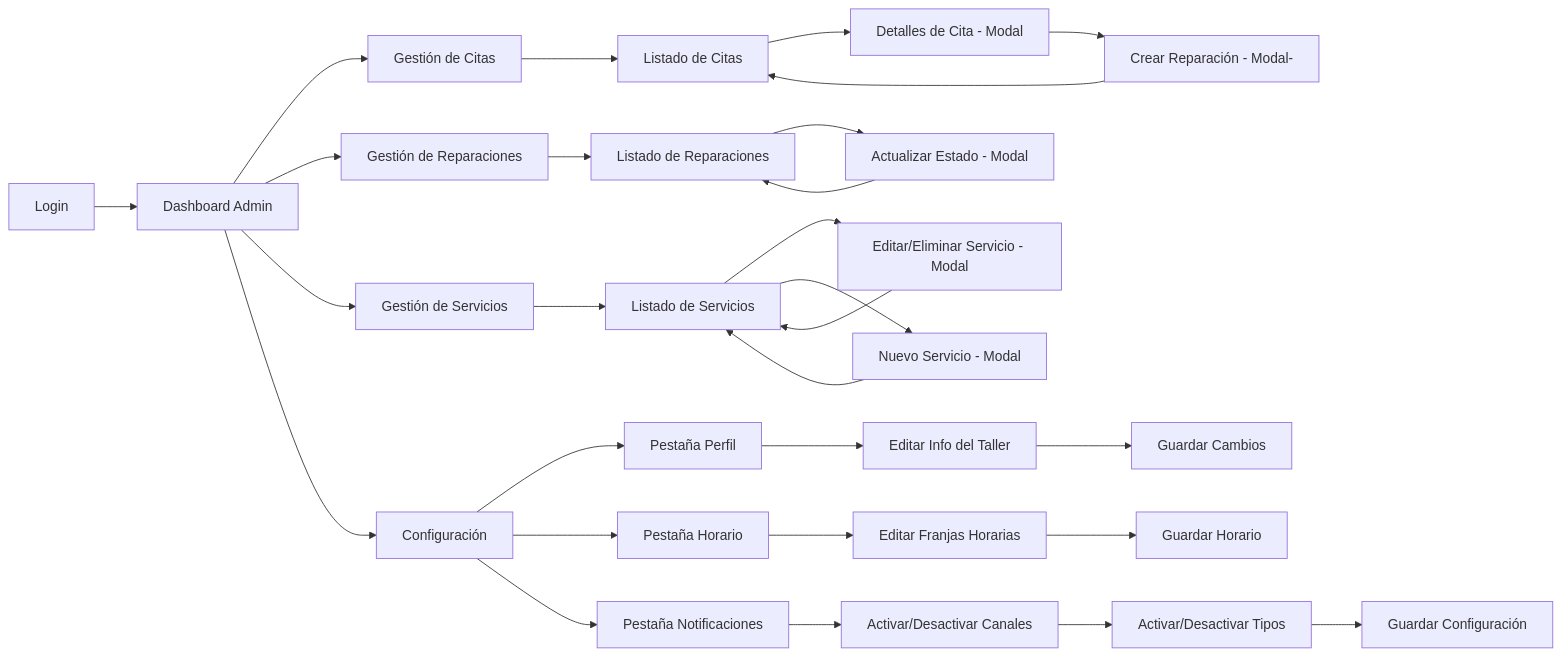
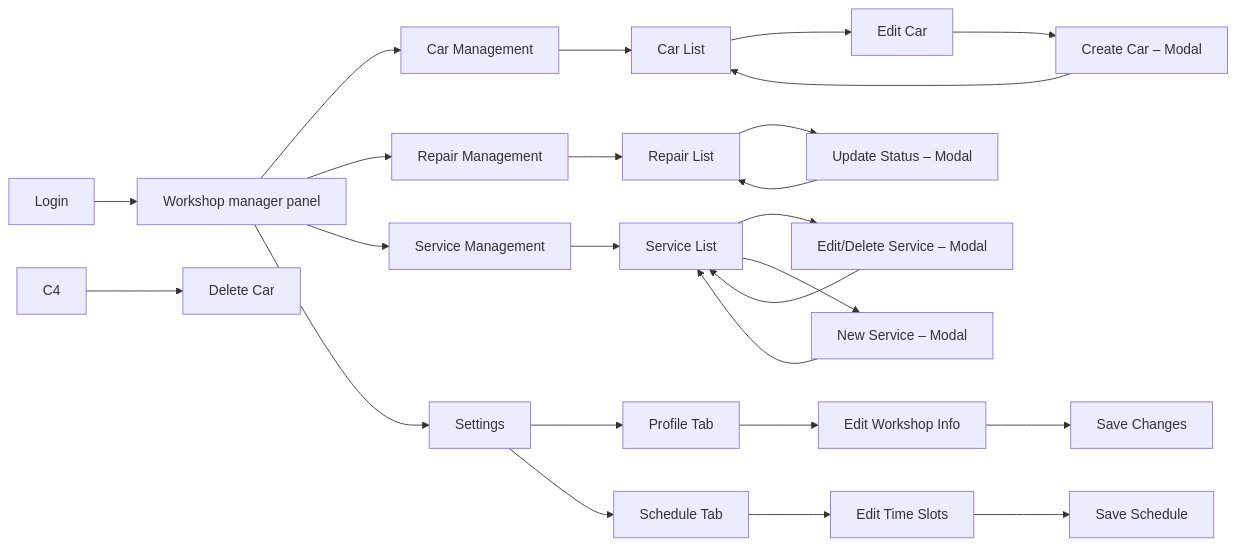
Before and after one commit to Tulio-pe/Project-Documentation: the first of 2 diagrams in Chapter-IV.md, drawn with Mermaid. The commit also changed other lines of this file, not shown here.

Commit message:
docs(Chapter-IV): Flowcharts improving

````diff
--- a/Chapter-IV.md
+++ b/Chapter-IV.md
@@ -242,36 +242,32 @@
 ```mermaid
 flowchart LR
-    A[Login] --> B[Dashboard Admin]
+    A[Login] --> B[Workshop manager panel]
 
-    B --> C[Gestión de Citas]
-    C --> C1[Listado de Citas]
-    C1 --> C2[Detalles de Cita - Modal]
-    C2 --> C3[Crear Reparación - Modal-]
+    B --> C[Car Management]
+    C --> C1[Car List]
+    C1 --> C2[Edit Car]
+    C2 --> C3[Create Car – Modal]
     C3 --> C1
+    C4 --> C5[Delete Car]
 
-    B --> D[Gestión de Reparaciones]
-    D --> D1[Listado de Reparaciones]
-    D1 --> D2[Actualizar Estado - Modal]
+    B --> D[Repair Management]
+    D --> D1[Repair List]
+    D1 --> D2[Update Status – Modal]
     D2 --> D1
 
-    B --> E[Gestión de Servicios]
-    E --> E1[Listado de Servicios]
-    E1 --> E2[Editar/Eliminar Servicio - Modal]
+    B --> E[Service Management]
+    E --> E1[Service List]
+    E1 --> E2[Edit/Delete Service – Modal]
     E2 --> E1
-    E1 --> E3[Nuevo Servicio - Modal]
+    E1 --> E3[New Service – Modal]
     E3 --> E1
 
-    B --> F[Configuración]
-    F --> F1[Pestaña Perfil]
-    F1 --> F1a[Editar Info del Taller]
-    F1a --> F1b[Guardar Cambios]
+    B --> F[Settings]
+    F --> F1[Profile Tab]
+    F1 --> F1a[Edit Workshop Info]
+    F1a --> F1b[Save Changes]
 
-    F --> F2[Pestaña Horario]
-    F2 --> F2a[Editar Franjas Horarias]
-    F2a --> F2b[Guardar Horario]
-
-    F --> F3[Pestaña Notificaciones]
-    F3 --> F3a[Activar/Desactivar Canales]
-    F3a --> F3b[Activar/Desactivar Tipos]
-    F3b --> F3c[Guardar Configuración]
+    F --> F2[Schedule Tab]
+    F2 --> F2a[Edit Time Slots]
+    F2a --> F2b[Save Schedule]
 ```
````
